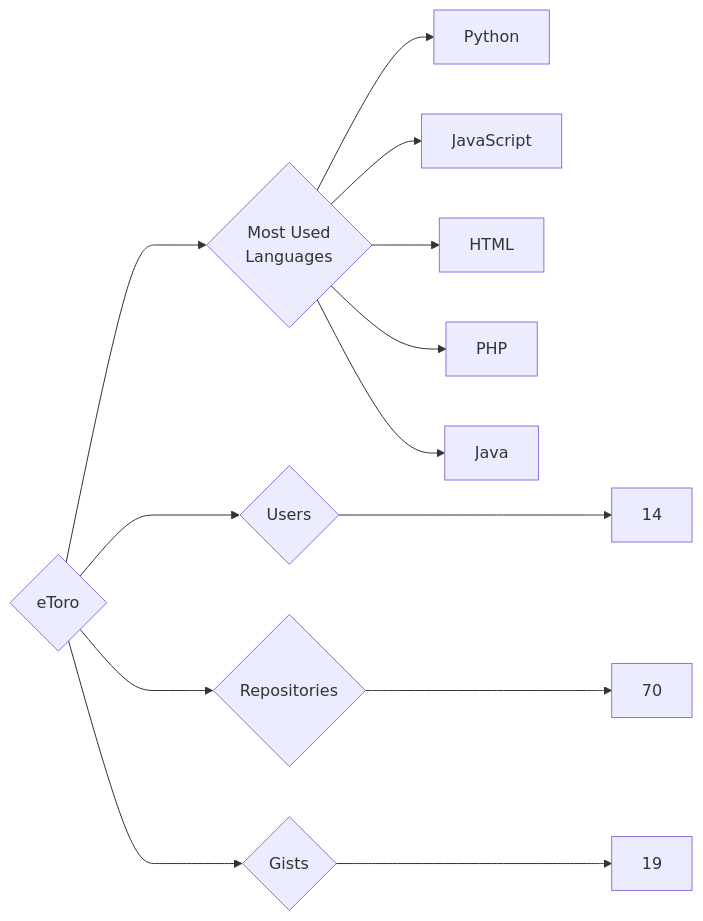
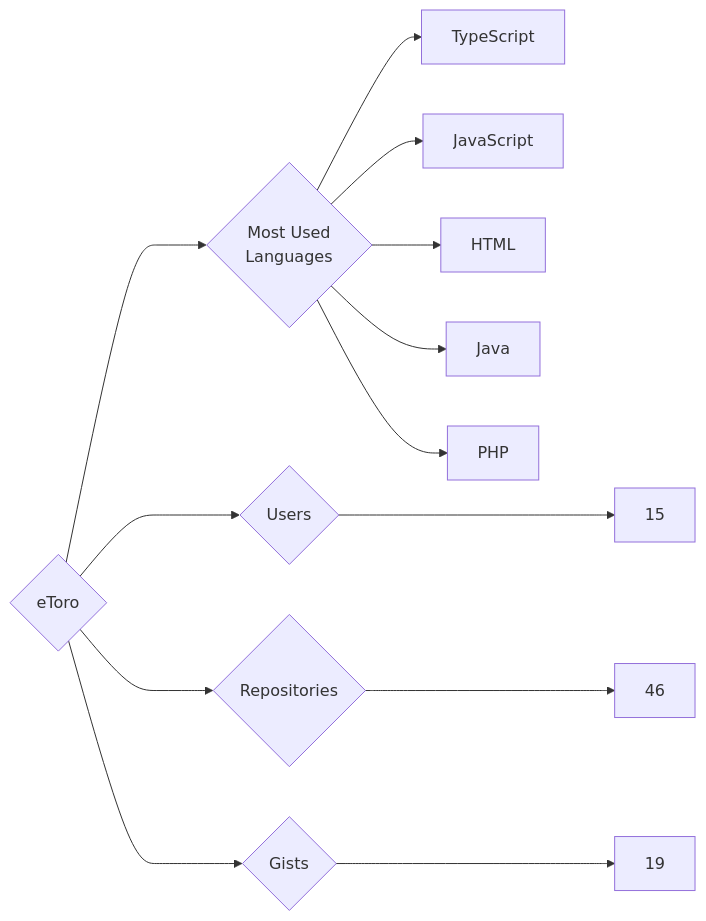
Before and after one commit to trickest/insiders: the diagram in targets/eToro/README.md, drawn with Mermaid. The commit also changed 823 other files, not shown here.

````diff
--- a/targets/eToro/README.md
+++ b/targets/eToro/README.md
@@ -3,13 +3,13 @@
 ```mermaid
 graph LR
 COMPANY_NAME{eToro}
-COMPANY_NAME ---> U{Users} ---> UN[14]
-COMPANY_NAME ---> R{Repositories} ---> RN[70]
+COMPANY_NAME ---> U{Users} ---> UN[15]
+COMPANY_NAME ---> R{Repositories} ---> RN[46]
 COMPANY_NAME ---> G{Gists} ---> GN[19]
 COMPANY_NAME ---> ML{Most Used<br>Languages}
-ML --> Python[Python]
+ML --> TypeScript[TypeScript]
 ML --> JavaScript[JavaScript]
 ML --> HTML[HTML]
+ML --> Java[Java]
 ML --> PHP[PHP]
-ML --> Java[Java]
 ```
````
